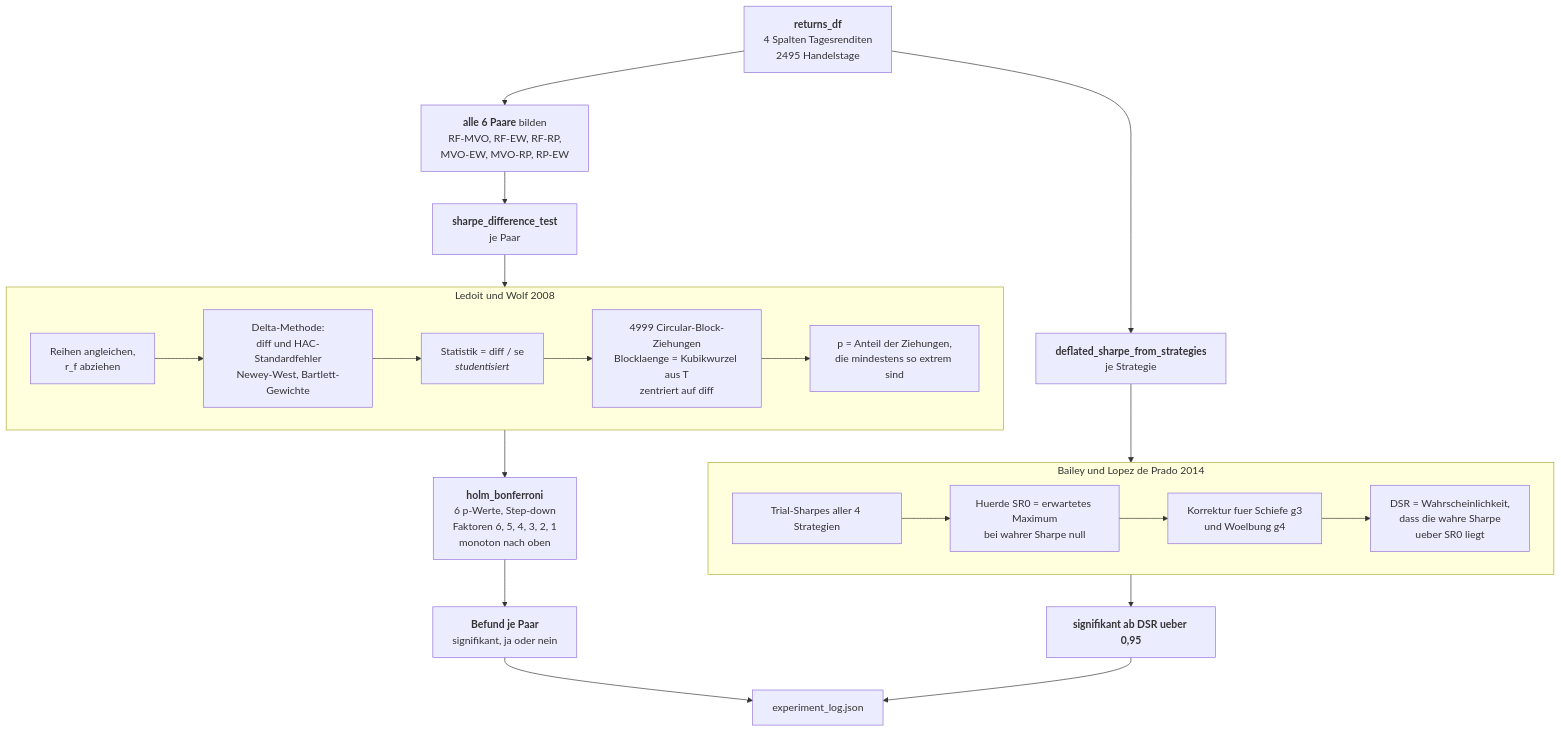
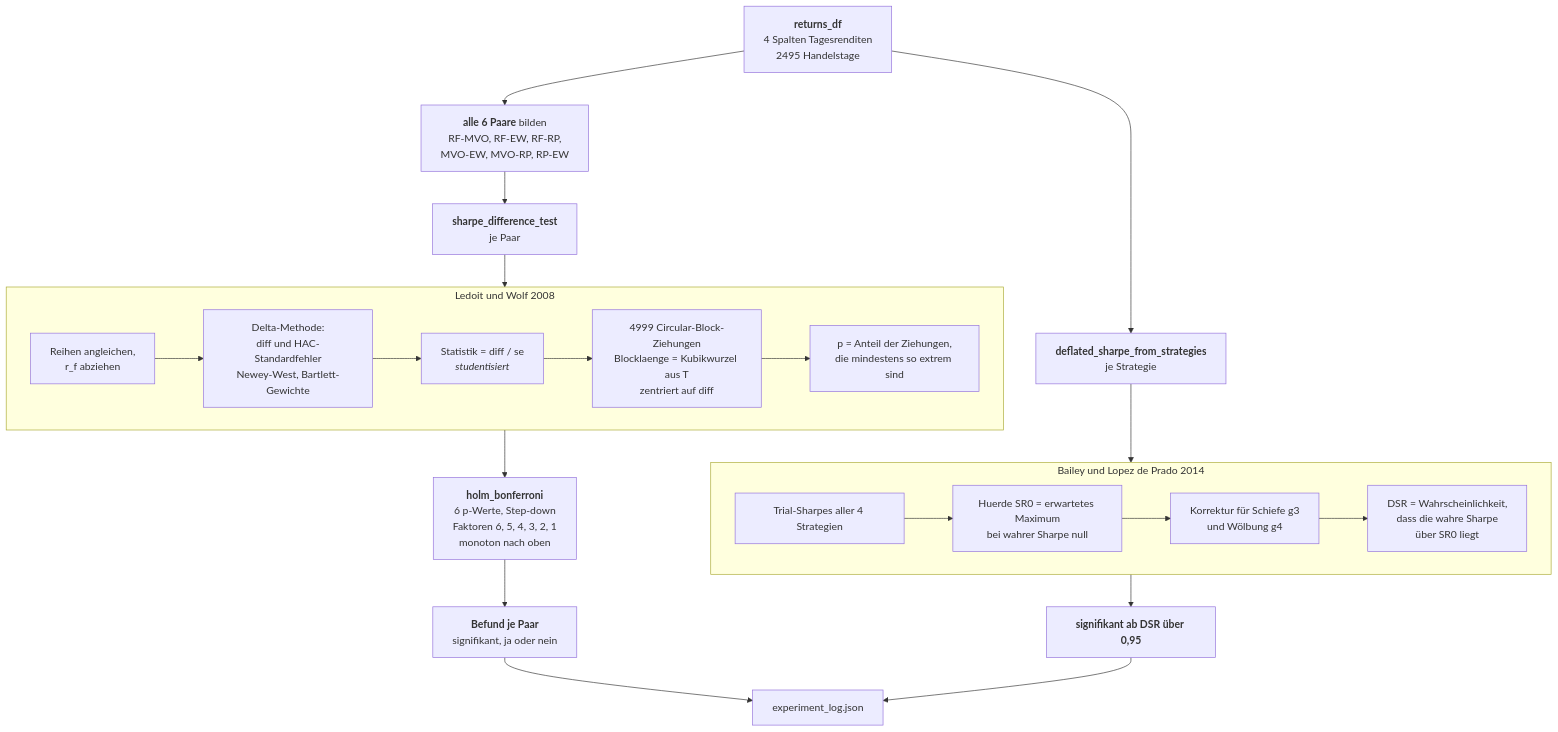
One commit to MaxZoelfl/wseminar-portfolio-optimierung changed diagram 11 of 13 in Handbook.md. Above: the diagram before and after it, drawn with Mermaid. The commit also changed other lines of this file and 39 other files, not shown here.

````diff
--- a/Handbook.md
+++ b/Handbook.md
@@ -686,34 +686,34 @@
 ```mermaid
 flowchart TD
     R["<b>returns_df</b><br/>4 Spalten Tagesrenditen<br/>2495 Handelstage"]
 
     R --> P["<b>alle 6 Paare</b> bilden<br/>RF-MVO, RF-EW, RF-RP,<br/>MVO-EW, MVO-RP, RP-EW"]
     P --> LW["<b>sharpe_difference_test</b><br/>je Paar"]
 
     subgraph BOOT["Ledoit und Wolf 2008"]
         LW1["Reihen angleichen,<br/>r_f abziehen"]
         LW2["Delta-Methode:<br/>diff und HAC-Standardfehler<br/>Newey-West, Bartlett-Gewichte"]
         LW3["Statistik = diff / se<br/><i>studentisiert</i>"]
         LW4["4999 Circular-Block-Ziehungen<br/>Blocklaenge = Kubikwurzel aus T<br/>zentriert auf diff"]
         LW5["p = Anteil der Ziehungen,<br/>die mindestens so extrem sind"]
         LW1 --> LW2 --> LW3 --> LW4 --> LW5
     end
 
     LW --> BOOT
     BOOT --> HOLM["<b>holm_bonferroni</b><br/>6 p-Werte, Step-down<br/>Faktoren 6, 5, 4, 3, 2, 1<br/>monoton nach oben"]
     HOLM --> ERG["<b>Befund je Paar</b><br/>signifikant, ja oder nein"]
 
     R --> DSR["<b>deflated_sharpe_from_strategies</b><br/>je Strategie"]
     subgraph BLP["Bailey und Lopez de Prado 2014"]
         D1["Trial-Sharpes aller 4 Strategien"]
         D2["Huerde SR0 = erwartetes Maximum<br/>bei wahrer Sharpe null"]
-        D3["Korrektur fuer Schiefe g3<br/>und Woelbung g4"]
-        D4["DSR = Wahrscheinlichkeit,<br/>dass die wahre Sharpe<br/>ueber SR0 liegt"]
+        D3["Korrektur für Schiefe g3<br/>und Wölbung g4"]
+        D4["DSR = Wahrscheinlichkeit,<br/>dass die wahre Sharpe<br/>über SR0 liegt"]
         D1 --> D2 --> D3 --> D4
     end
     DSR --> BLP
-    BLP --> ERG2["<b>signifikant ab DSR ueber 0,95</b>"]
+    BLP --> ERG2["<b>signifikant ab DSR über 0,95</b>"]
 
     ERG --> JSON["experiment_log.json"]
     ERG2 --> JSON
 ```
````
